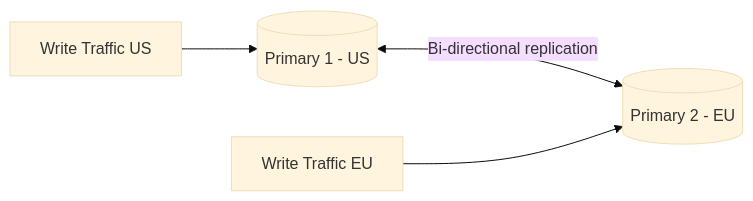
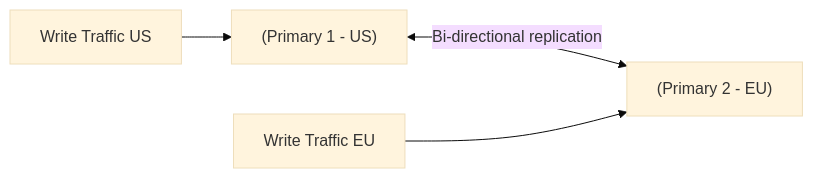
The sixth of 9 diagrams in src/interview/system-design/hld/database-design.md (vanos001/placement_prep), drawn with Mermaid (base theme) before and after one commit. The commit also changed other lines of this file and 19 other files, not shown here.

First line of the commit message:
fix(mermaid,links): repair regressions after merging dev into dev2

````diff
--- a/src/interview/system-design/hld/database-design.md
+++ b/src/interview/system-design/hld/database-design.md
@@ -313,6 +313,6 @@
 ```mermaid
 graph LR
-    P1[(Primary 1 - US)] <-->|Bi-directional replication| P2[(Primary 2 - EU)]
+    P1["(Primary 1 - US)"] <-->|Bi-directional replication| P2["(Primary 2 - EU)"]
     W1[Write Traffic US] --> P1
     W2[Write Traffic EU] --> P2
 ```
````
